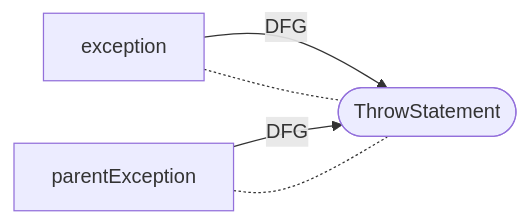
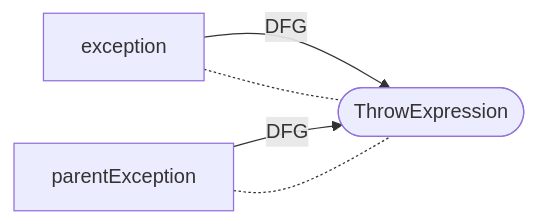
Diagram 27 of 40 in docs/docs/CPG/specs/dfg.md (Fraunhofer-AISEC/cpg), drawn with Mermaid before and after one commit. The commit also changed other lines of this file and 1 other file, not shown here.

````diff
--- a/docs/docs/CPG/specs/dfg.md
+++ b/docs/docs/CPG/specs/dfg.md
@@ -442,7 +442,7 @@
 ```mermaid
   flowchart LR
-    exception -- DFG --> node([ThrowStatement]);
+    exception -- DFG --> node([ThrowExpression]);
     parentException -- DFG --> node;
     exception -.- node;
     parentException -.- node;
 ```
````
